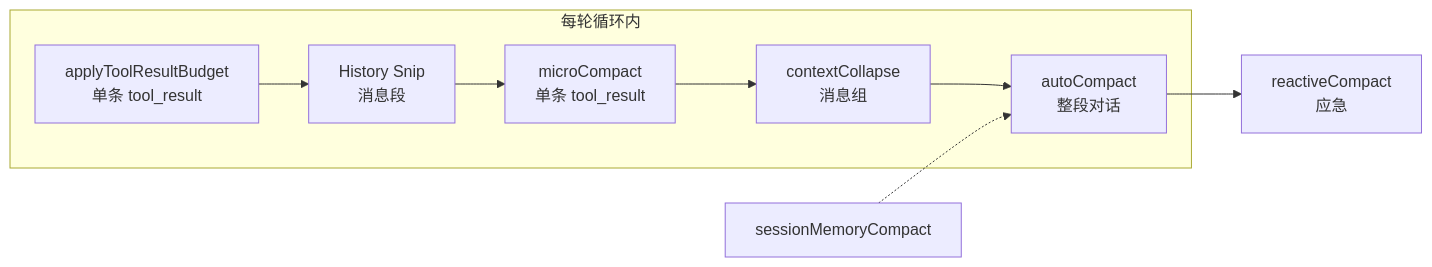
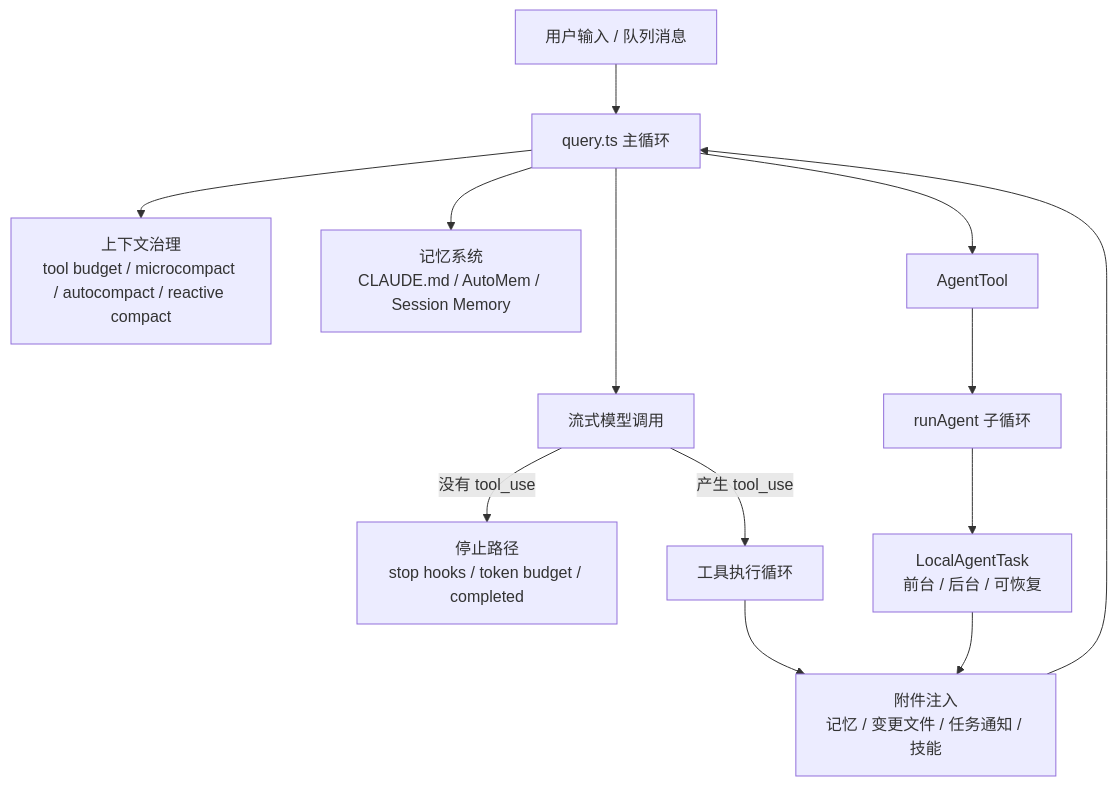
Before and after one commit to XiyouMobile3G-iOS/awesome-ios-interview: the first of 2 diagrams in articles/ai/Claude Code 源码导读.md, drawn with Mermaid. The commit also changed other lines of this file and 7 other files, not shown here.

````diff
--- a/articles/ai/Claude Code 源码导读.md
+++ b/articles/ai/Claude Code 源码导读.md
@@ -428,11 +9,16 @@
 ```mermaid
-flowchart LR
-    subgraph 每轮循环内
-        ToolResult["applyToolResultBudget<br/>单条 tool_result"] --> Snip["History Snip<br/>消息段"]
-        Snip --> Micro["microCompact<br/>单条 tool_result"]
-        Micro --> Collapse["contextCollapse<br/>消息组"]
-        Collapse --> Auto["autoCompact<br/>整段对话"]
-    end
-    Auto --> Reactive["reactiveCompact<br/>应急"]
-    SessionMem["sessionMemoryCompact"] -.-> Auto
+flowchart TD
+    User["用户输入 / 队列消息"] --> Query["query.ts 主循环"]
+    Query --> Model["流式模型调用"]
+    Model -->|没有 tool_use| StopPath["停止路径<br/>stop hooks / token budget / completed"]
+    Model -->|产生 tool_use| ToolLoop["工具执行循环"]
+    ToolLoop --> Attach["附件注入<br/>记忆 / 变更文件 / 任务通知 / 技能"]
+    Attach --> Query
+
+    Query --> Compact["上下文治理<br/>tool budget / microcompact / autocompact / reactive compact"]
+    Query --> Memory["记忆系统<br/>CLAUDE.md / AutoMem / Session Memory"]
+    Query --> AgentTool["AgentTool"]
+    AgentTool --> SubAgent["runAgent 子循环"]
+    SubAgent --> LocalTask["LocalAgentTask<br/>前台 / 后台 / 可恢复"]
+    LocalTask --> Attach
 ```
````
